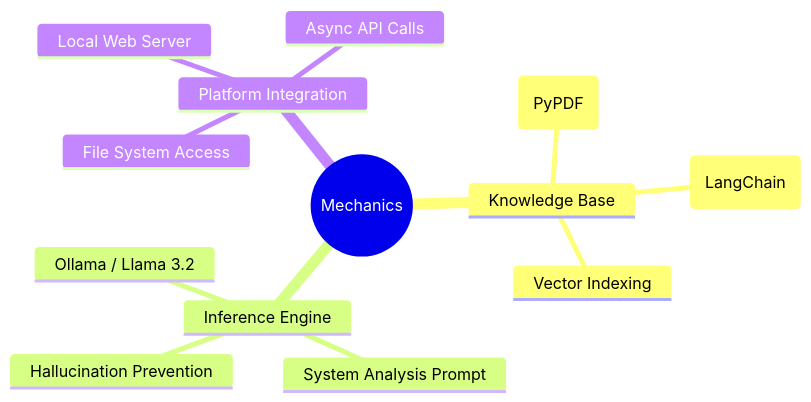
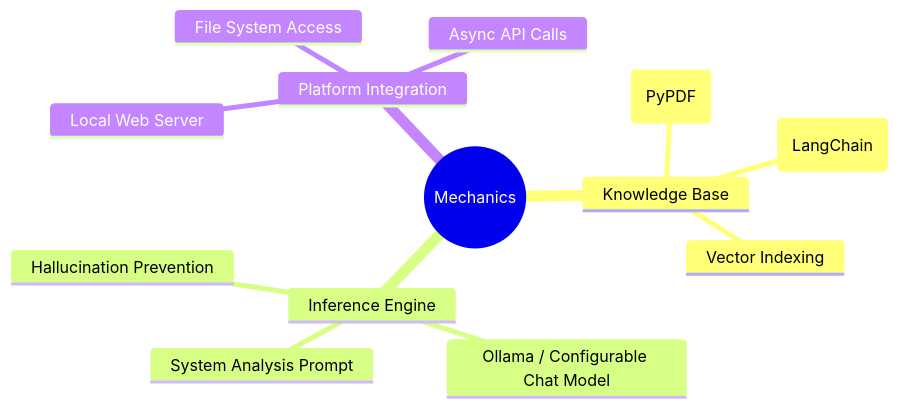
One commit to juanpradana/MarketPulse changed the third of 5 diagrams in docs/RAG_CHAT_DOCUMENTATION.md. Above: the diagram before and after it, drawn with Mermaid. The commit also changed other lines of this file and 10 other files, not shown here.

````diff
--- a/docs/RAG_CHAT_DOCUMENTATION.md
+++ b/docs/RAG_CHAT_DOCUMENTATION.md
@@ -73,16 +76,16 @@
 ```mermaid
 mindmap
   root((Mechanics))
     Knowledge Base
       PDF Extraction (PyPDF)
       Text Chunking (LangChain)
       Vector Indexing
     Inference Engine
-      Ollama / Llama 3.2
+      Ollama / Configurable Chat Model
       System Analysis Prompt
       Hallucination Prevention
     Platform Integration
       Local Web Server
       File System Access
       Async API Calls
 ```
````
